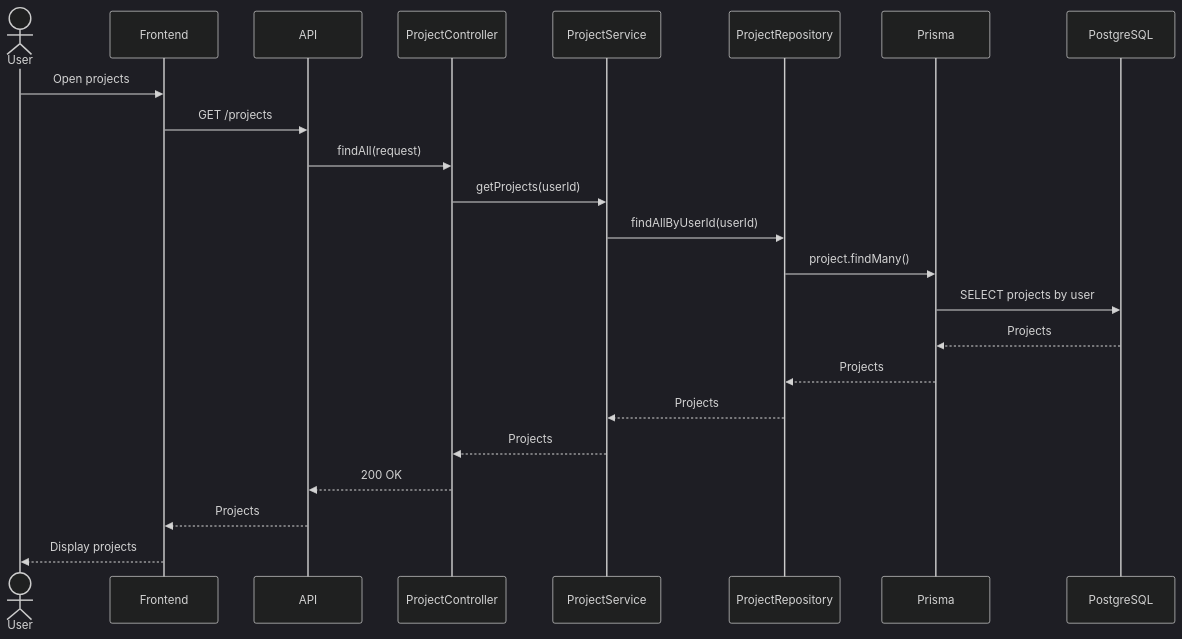
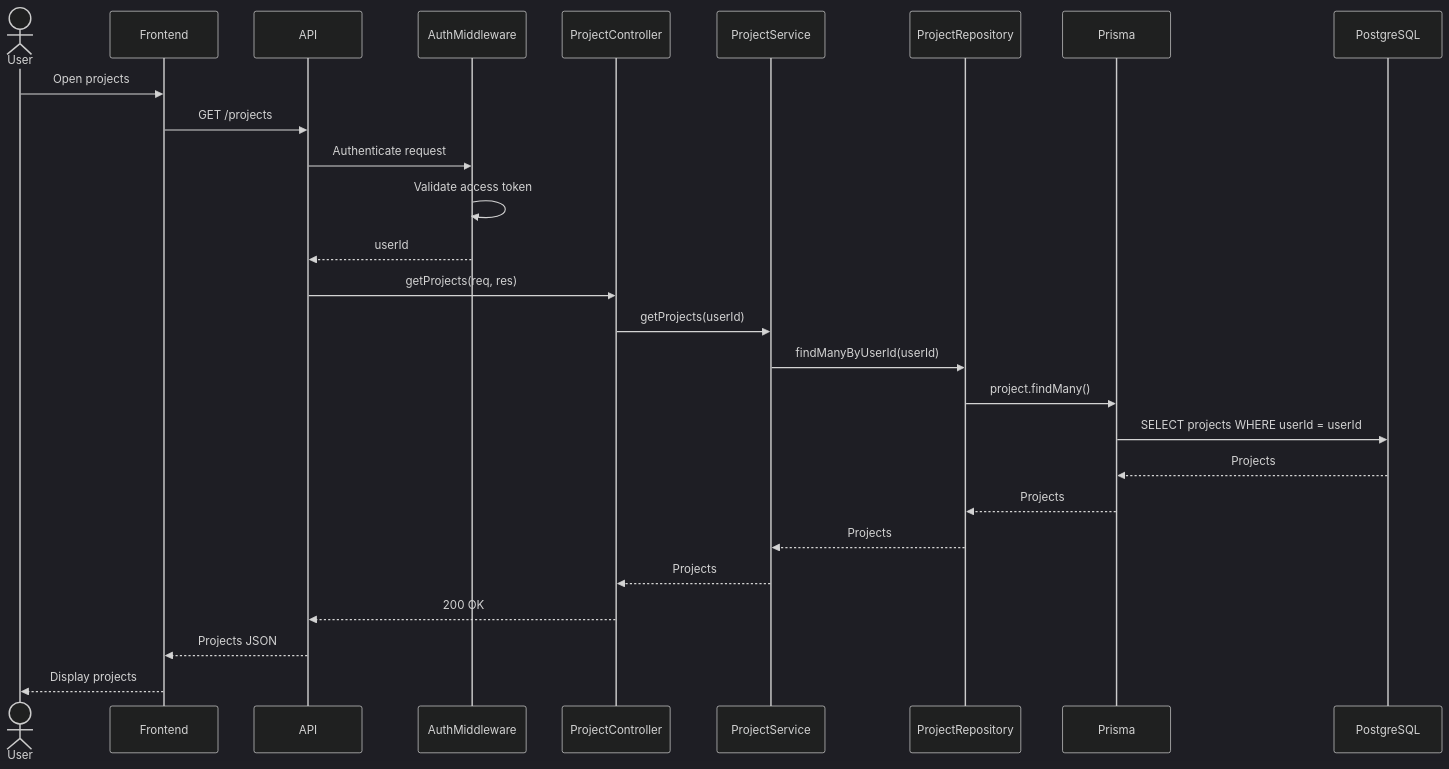
One commit to davihenriquedev1/prodixus changed the first of 2 diagrams in docs/diagrams/sequence-diagrams/project/get.md. Above: the diagram before and after it, drawn with Mermaid (dark theme). The commit also changed other lines of this file and 3 other files, not shown here.

Commit message:
docs(project): update project crud sequence diagrams

````diff
--- a/docs/diagrams/sequence-diagrams/project/get.md
+++ b/docs/diagrams/sequence-diagrams/project/get.md
@@ -5,47 +5,31 @@
 ```mermaid
 sequenceDiagram
-
     actor User
-
     participant Frontend
-
     participant API
-
+    participant AuthMiddleware
     participant ProjectController
-
     participant ProjectService
-
     participant ProjectRepository
-
     participant Prisma
-
     participant PostgreSQL
 
     User->>Frontend: Open projects
+    Frontend->>API: GET /projects
+    API->>AuthMiddleware: Authenticate request
+    AuthMiddleware->>AuthMiddleware: Validate access token
+    AuthMiddleware-->>API: userId
 
-    Frontend->>API: GET /projects
-
-    API->>ProjectController: findAll(request)
-
+    API->>ProjectController: getProjects(req, res)
     ProjectController->>ProjectService: getProjects(userId)
-
-    ProjectService->>ProjectRepository: findAllByUserId(userId)
-
+    ProjectService->>ProjectRepository: findManyByUserId(userId)
     ProjectRepository->>Prisma: project.findMany()
-
-    Prisma->>PostgreSQL: SELECT projects by user
-
+    Prisma->>PostgreSQL: SELECT projects WHERE userId = userId
     PostgreSQL-->>Prisma: Projects
-
     Prisma-->>ProjectRepository: Projects
-
     ProjectRepository-->>ProjectService: Projects
-
     ProjectService-->>ProjectController: Projects
-
     ProjectController-->>API: 200 OK
-
-    API-->>Frontend: Projects
-
+    API-->>Frontend: Projects JSON
     Frontend-->>User: Display projects
 ```
````
